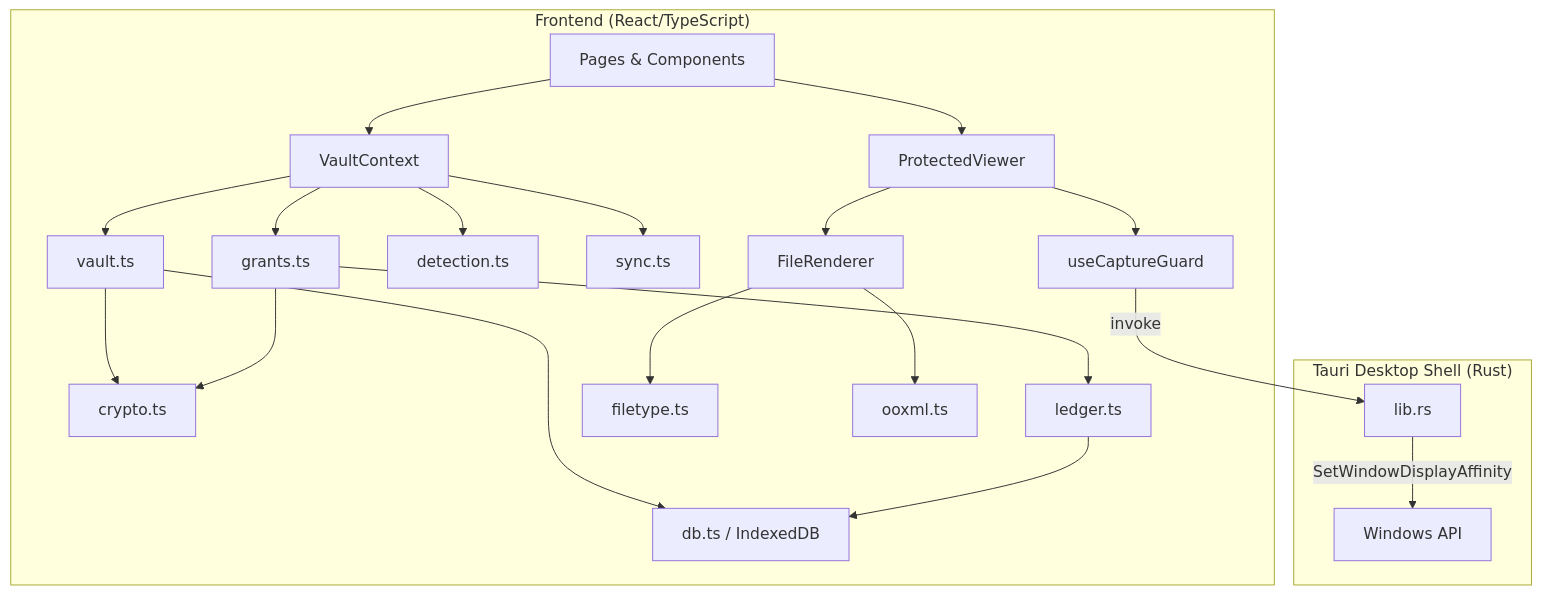
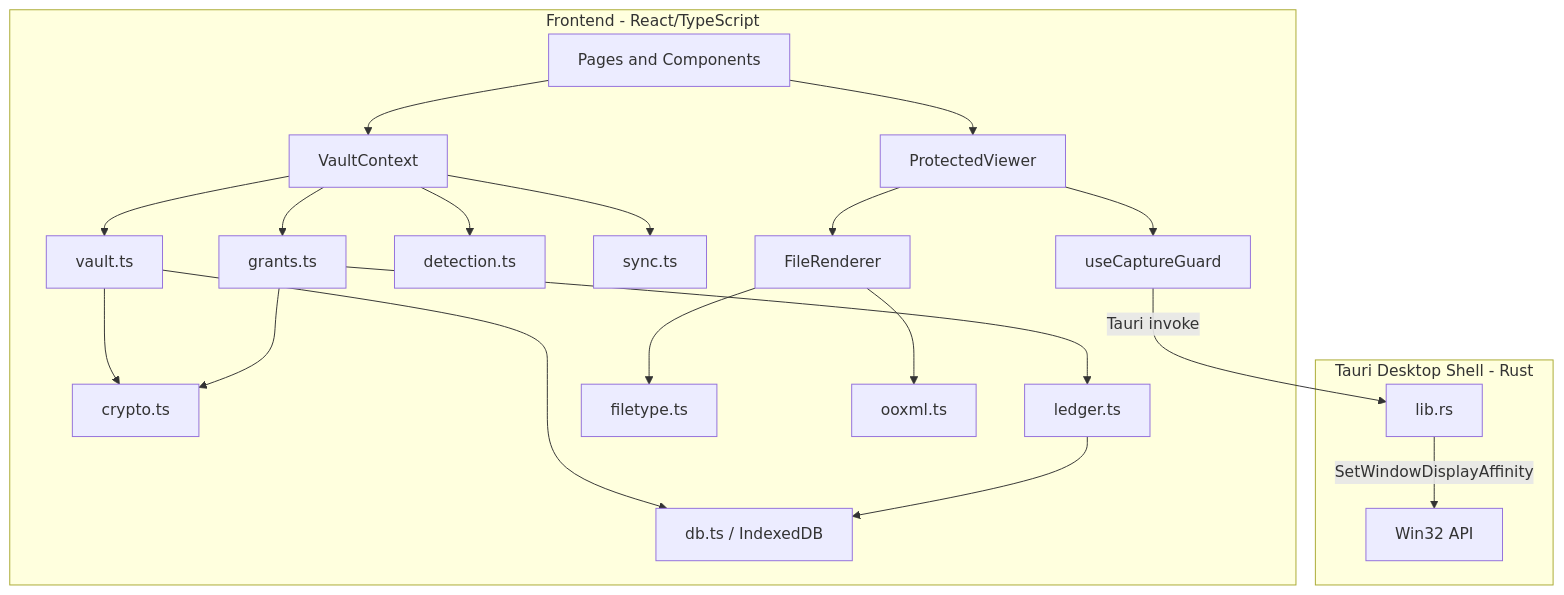
The diagram in TECHNICAL_WRITEUP.md (Kehn-Marv/Canopy), drawn with Mermaid before and after one commit. The commit also changed other lines of this file and 1 other file, not shown here.

````diff
--- a/TECHNICAL_WRITEUP.md
+++ b/TECHNICAL_WRITEUP.md
@@ -13,24 +13,24 @@
 ```mermaid
 graph TD
-    subgraph "Tauri Desktop Shell (Rust)"
-        R[lib.rs] -->|SetWindowDisplayAffinity| W[Windows API]
+    subgraph "Tauri Desktop Shell - Rust"
+        R[lib.rs] -->|SetWindowDisplayAffinity| W[Win32 API]
     end
-    subgraph "Frontend (React/TypeScript)"
-        UI[Pages & Components] --> VC[VaultContext]
+    subgraph "Frontend - React/TypeScript"
+        UI[Pages and Components] --> VC[VaultContext]
         VC --> V[vault.ts]
         VC --> G[grants.ts]
         VC --> D[detection.ts]
         VC --> S[sync.ts]
         V --> C[crypto.ts]
         V --> DB[db.ts / IndexedDB]
         G --> C
         G --> L[ledger.ts]
         L --> DB
         UI --> PV[ProtectedViewer]
         PV --> CG[useCaptureGuard]
-        CG -->|invoke| R
+        CG -->|Tauri invoke| R
         PV --> FR[FileRenderer]
         FR --> FT[filetype.ts]
         FR --> OX[ooxml.ts]
     end
 ```
````
